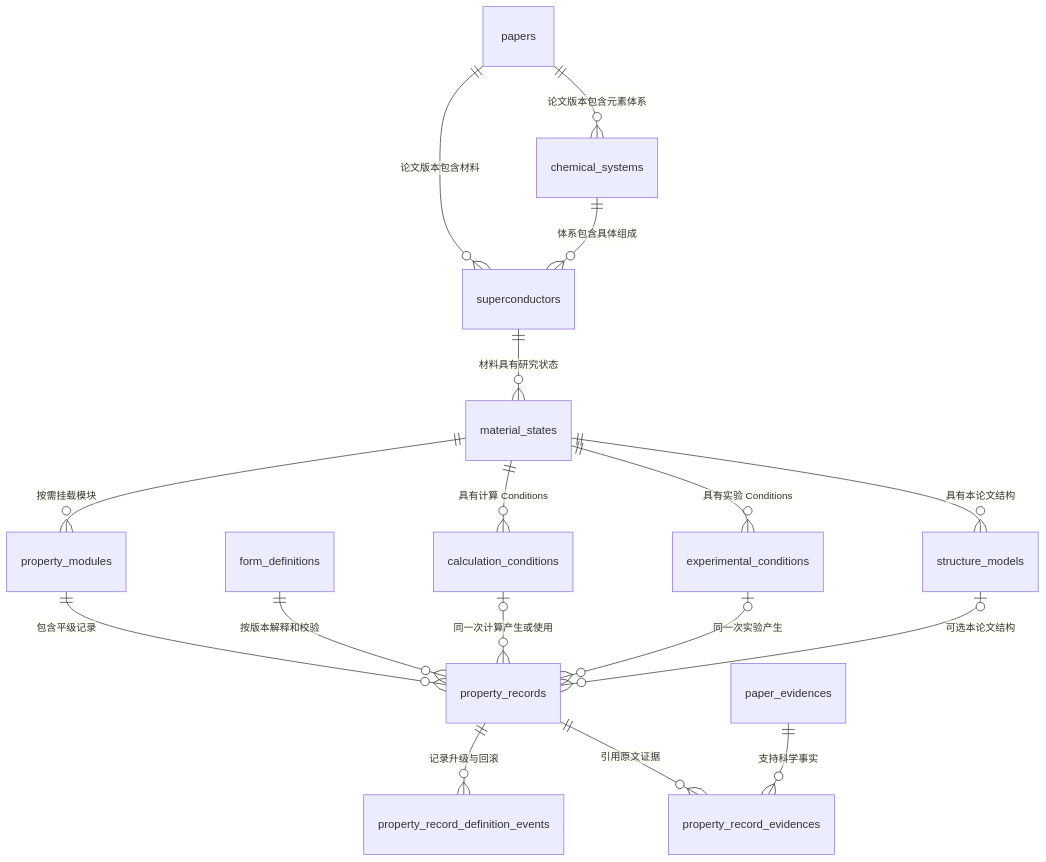
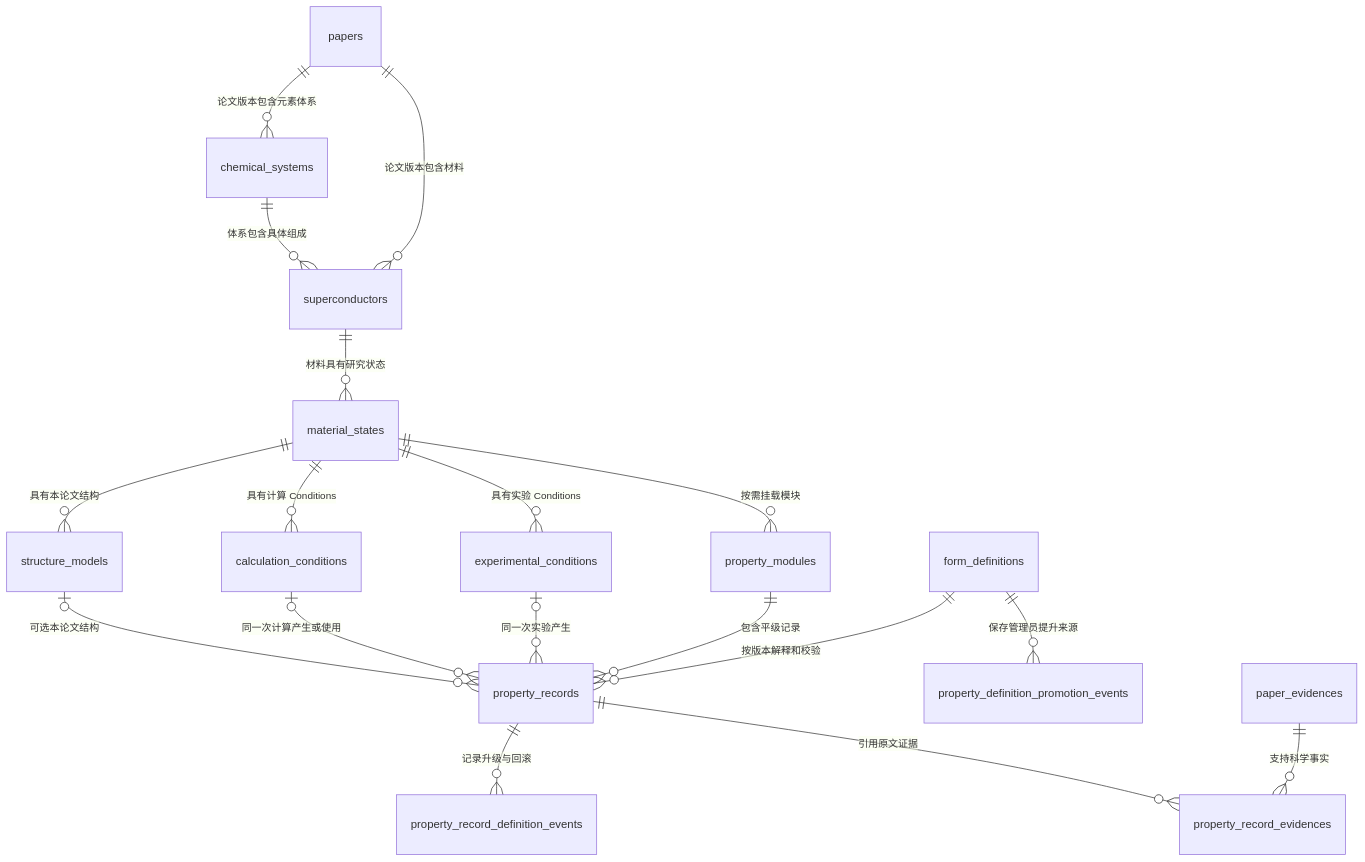
One commit to JLU-ICCMS-MaYuan/Conventional-SC-Dataset changed the diagram in docs/specs/90-unified-superconductor-properties/table-relationships.md. Above: the diagram before and after it, drawn with Mermaid. The commit also changed other lines of this file and 11 other files, not shown here.

````diff
--- a/docs/specs/90-unified-superconductor-properties/table-relationships.md
+++ b/docs/specs/90-unified-superconductor-properties/table-relationships.md
@@ -5,22 +5,23 @@
 ```mermaid
 erDiagram
     papers ||--o{ chemical_systems : "论文版本包含元素体系"
     papers ||--o{ superconductors : "论文版本包含材料"
     chemical_systems ||--o{ superconductors : "体系包含具体组成"
     superconductors ||--o{ material_states : "材料具有研究状态"
 
     material_states ||--o{ structure_models : "具有本论文结构"
     material_states ||--o{ calculation_conditions : "具有计算 Conditions"
     material_states ||--o{ experimental_conditions : "具有实验 Conditions"
     material_states ||--o{ property_modules : "按需挂载模块"
 
     property_modules ||--o{ property_records : "包含平级记录"
     form_definitions ||--o{ property_records : "按版本解释和校验"
+    form_definitions ||--o{ property_definition_promotion_events : "保存管理员提升来源"
     property_records ||--o{ property_record_definition_events : "记录升级与回滚"
     calculation_conditions |o--o{ property_records : "同一次计算产生或使用"
     experimental_conditions |o--o{ property_records : "同一次实验产生"
     structure_models |o--o{ property_records : "可选本论文结构"
 
     property_records ||--o{ property_record_evidences : "引用原文证据"
     paper_evidences ||--o{ property_record_evidences : "支持科学事实"
 ```
````
